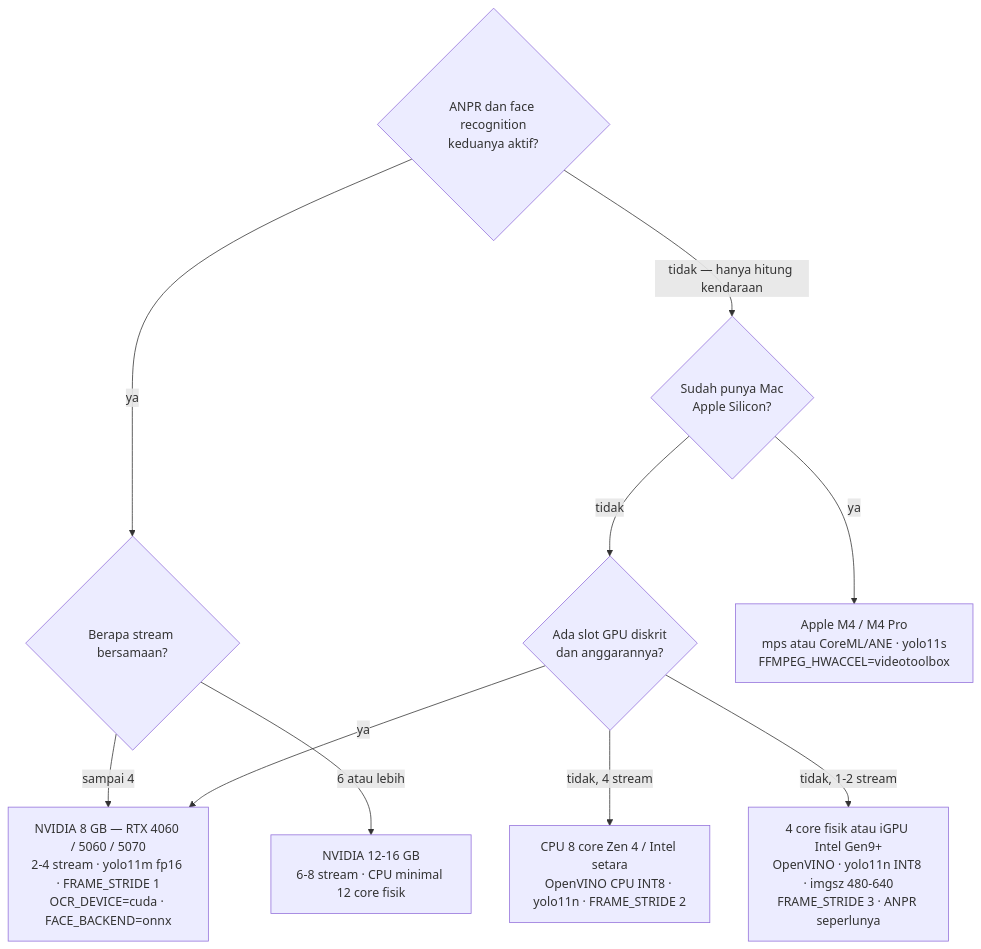
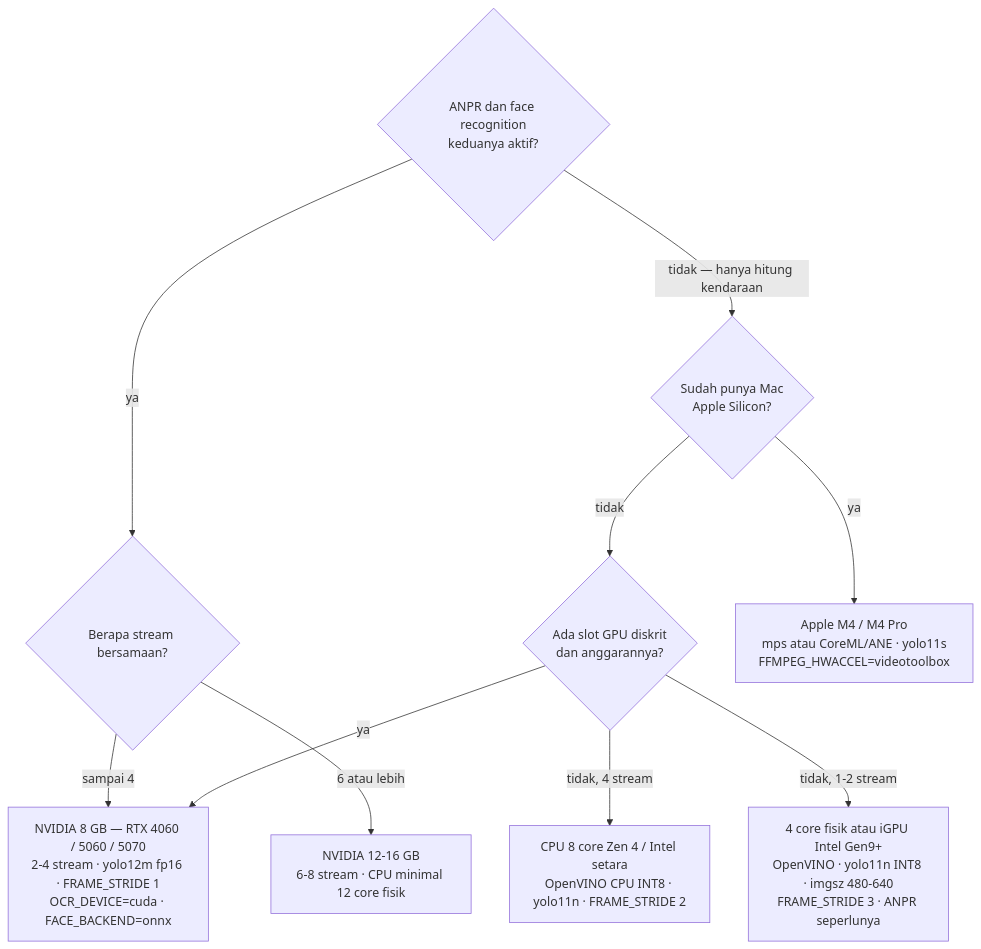
Before and after one commit to andiyulistyo/cctv-forall: the ninth of 9 diagrams in docs/ARCHITECTURE.md, drawn with Mermaid. The commit also changed other lines of this file and 5 other files, not shown here.

````diff
--- a/docs/ARCHITECTURE.md
+++ b/docs/ARCHITECTURE.md
@@ -537,23 +541,23 @@
 ```mermaid
 flowchart TB
     Q1{"ANPR dan face recognition<br/>keduanya aktif?"}
     Q2{"Berapa stream bersamaan?"}
     Q3{"Sudah punya Mac<br/>Apple Silicon?"}
     Q4{"Ada slot GPU diskrit<br/>dan anggarannya?"}
 
-    NV8["NVIDIA 8 GB — RTX 4060 / 5060 / 5070<br/>2-4 stream · yolo11m fp16 · FRAME_STRIDE 1<br/>OCR_DEVICE=cuda · FACE_BACKEND=onnx"]
+    NV8["NVIDIA 8 GB — RTX 4060 / 5060 / 5070<br/>2-4 stream · yolo12m fp16 · FRAME_STRIDE 1<br/>OCR_DEVICE=cuda · FACE_BACKEND=onnx"]
     NV16["NVIDIA 12-16 GB<br/>6-8 stream · CPU minimal 12 core fisik"]
     MAC["Apple M4 / M4 Pro<br/>mps atau CoreML/ANE · yolo11s<br/>FFMPEG_HWACCEL=videotoolbox"]
     ZEN["CPU 8 core Zen 4 / Intel setara<br/>OpenVINO CPU INT8 · yolo11n · FRAME_STRIDE 2"]
     SMALL["4 core fisik atau iGPU Intel Gen9+<br/>OpenVINO · yolo11n INT8 · imgsz 480-640<br/>FRAME_STRIDE 3 · ANPR seperlunya"]
 
     Q1 -->|"ya"| Q2
     Q1 -->|"tidak — hanya hitung kendaraan"| Q3
     Q2 -->|"sampai 4"| NV8
     Q2 -->|"6 atau lebih"| NV16
     Q3 -->|"ya"| MAC
     Q3 -->|"tidak"| Q4
     Q4 -->|"ya"| NV8
     Q4 -->|"tidak, 4 stream"| ZEN
     Q4 -->|"tidak, 1-2 stream"| SMALL
 ```
````
